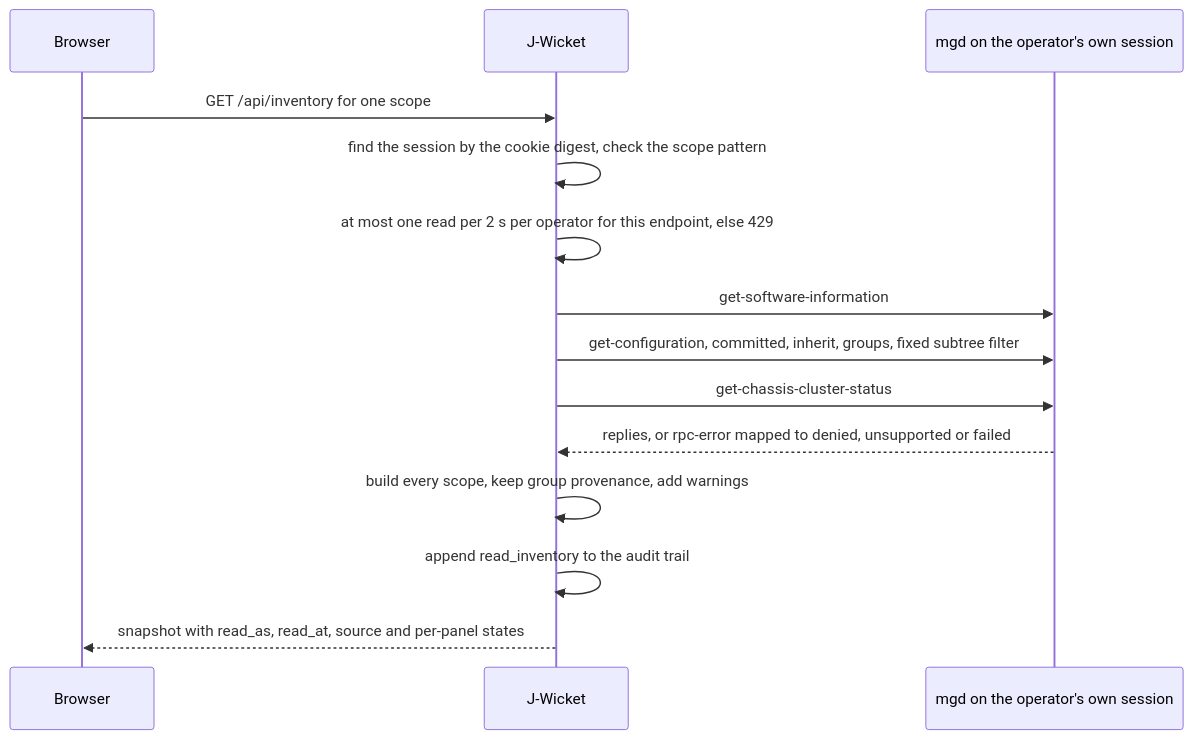
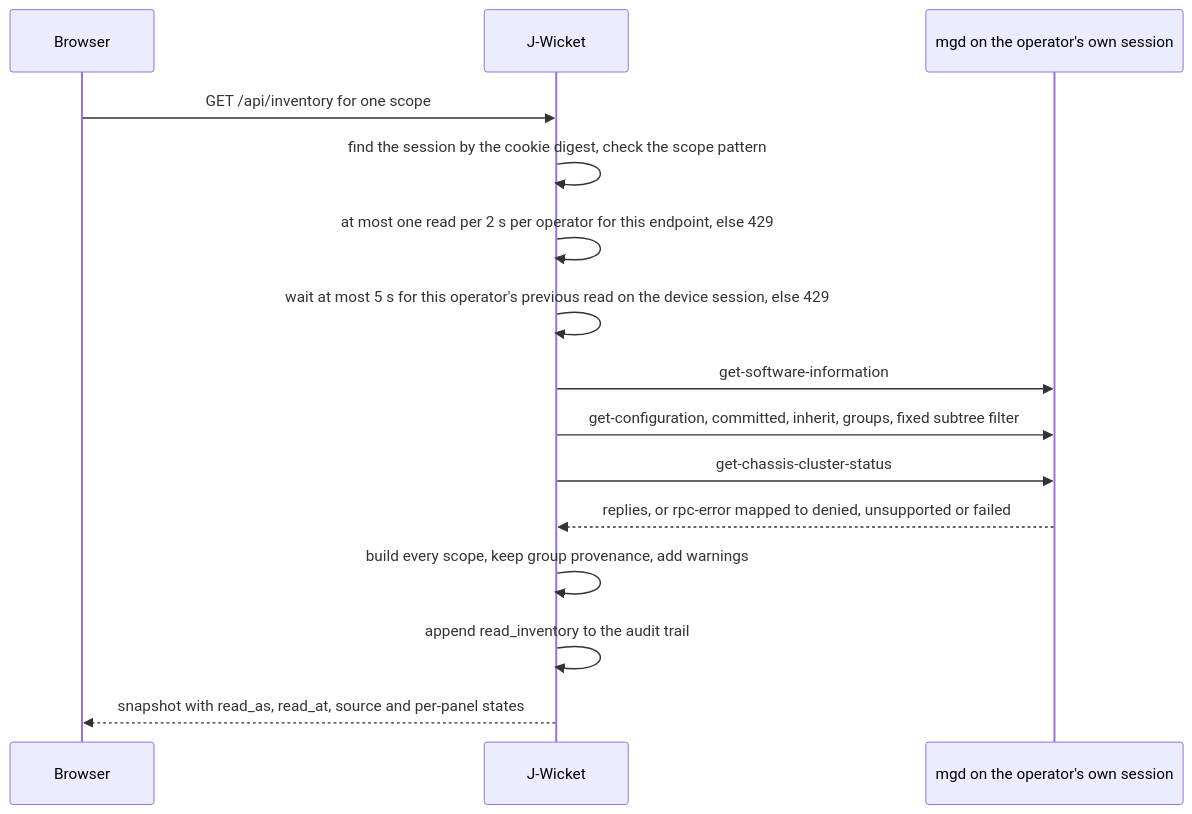
One commit to robertsonc/jwicket changed the fourth of 7 diagrams in docs/architecture.md. Above: the diagram before and after it, drawn with Mermaid. The commit also changed other lines of this file and 45 other files, not shown here.

````diff
--- a/docs/architecture.md
+++ b/docs/architecture.md
@@ -226,16 +277,17 @@
 ```mermaid
 sequenceDiagram
   participant B as Browser
   participant W as J-Wicket
   participant M as mgd on the operator's own session
   B->>W: GET /api/inventory for one scope
   W->>W: find the session by the cookie digest, check the scope pattern
   W->>W: at most one read per 2 s per operator for this endpoint, else 429
+  W->>W: wait at most 5 s for this operator's previous read on the device session, else 429
   W->>M: get-software-information
   W->>M: get-configuration, committed, inherit, groups, fixed subtree filter
   W->>M: get-chassis-cluster-status
   M-->>W: replies, or rpc-error mapped to denied, unsupported or failed
   W->>W: build every scope, keep group provenance, add warnings
   W->>W: append read_inventory to the audit trail
   W-->>B: snapshot with read_as, read_at, source and per-panel states
 ```
````
